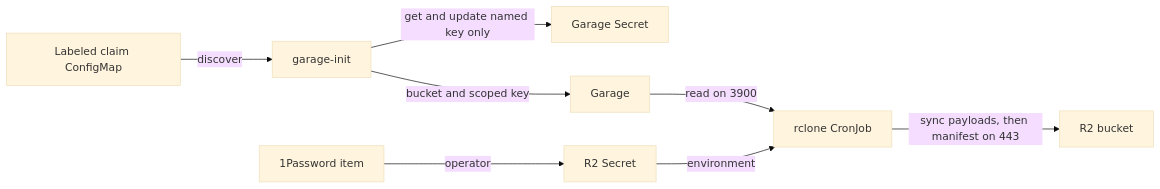
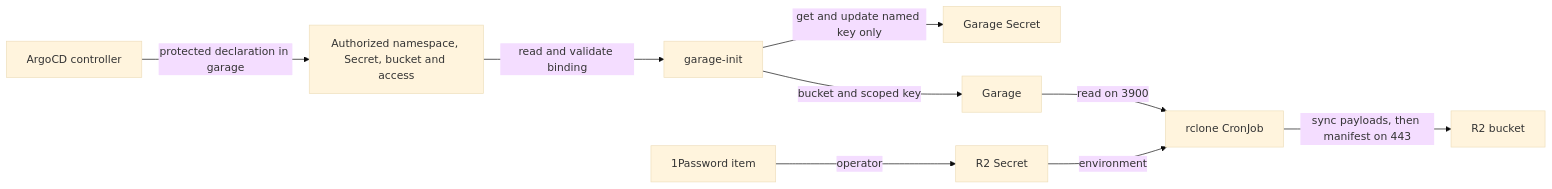
Before and after one commit to jomcgi-org/homelab: the first of 2 diagrams in projects/shared/helm/factory-library/README.md, drawn with Mermaid (base theme). The commit also changed other lines of this file and 16 other files, not shown here.

First line of the commit message:
fix(factory): protect Garage bucket authorizations

````diff
--- a/projects/shared/helm/factory-library/README.md
+++ b/projects/shared/helm/factory-library/README.md
@@ -251,10 +264,11 @@
 ```mermaid
 flowchart LR
-  claim[Labeled claim ConfigMap] -->|discover| init[garage-init]
+  argo[ArgoCD controller] -->|protected declaration in garage| claim[Authorized namespace, Secret, bucket and access]
+  claim -->|read and validate binding| init[garage-init]
   init -->|get and update named key only| key[Garage Secret]
   init -->|bucket and scoped key| garage[Garage]
   item[1Password item] -->|operator| credential[R2 Secret]
   garage -->|read on 3900| mirror[rclone CronJob]
   credential -->|environment| mirror
   mirror -->|sync payloads, then manifest on 443| r2[R2 bucket]
 ```
````
